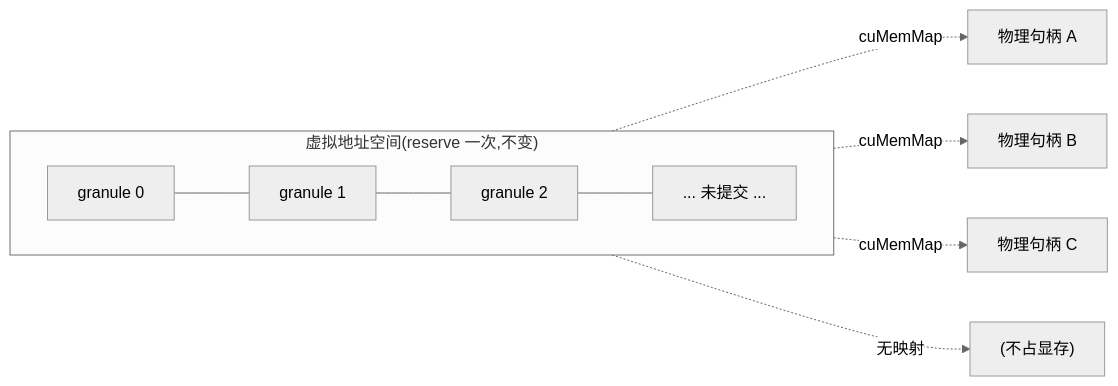
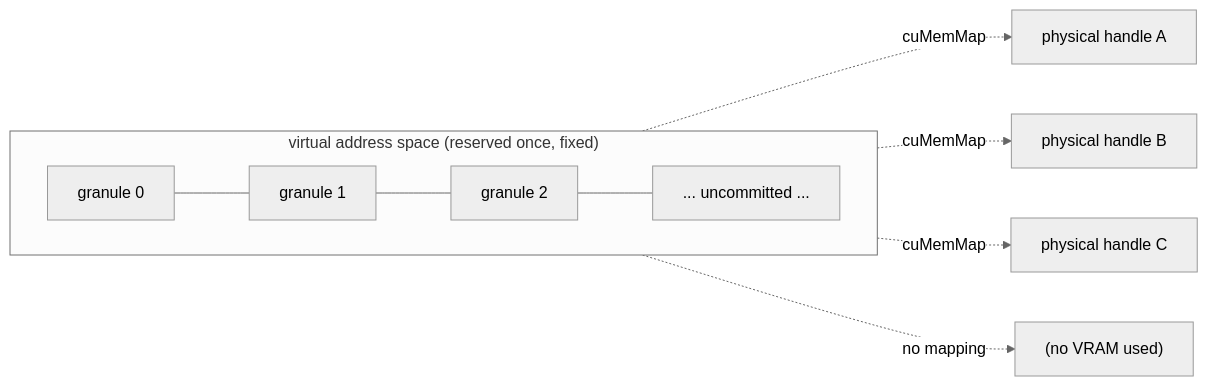
One commit to justinchuby/onnx-genai-wiki changed the first of 4 diagrams in content/en/memory/Virtual Memory for KV Cache.md. Above: the diagram before and after it, drawn with Mermaid (neutral theme). The commit also changed other lines of this file and 6 other files, not shown here.

````diff
--- a/content/en/memory/Virtual Memory for KV Cache.md
+++ b/content/en/memory/Virtual Memory for KV Cache.md
@@ -65,11 +65,11 @@
 ```mermaid
 flowchart LR
-    subgraph VA["虚拟地址空间(reserve 一次,不变)"]
+    subgraph VA["virtual address space (reserved once, fixed)"]
       direction LR
-      P0["granule 0"] --- P1["granule 1"] --- P2["granule 2"] --- P3["... 未提交 ..."]
+      P0["granule 0"] --- P1["granule 1"] --- P2["granule 2"] --- P3["... uncommitted ..."]
     end
-    P0 -.cuMemMap.-> H0["物理句柄 A"]
-    P1 -.cuMemMap.-> H1["物理句柄 B"]
-    P2 -.cuMemMap.-> H2["物理句柄 C"]
-    P3 -.无映射.-> N["(不占显存)"]
+    P0 -.cuMemMap.-> H0["physical handle A"]
+    P1 -.cuMemMap.-> H1["physical handle B"]
+    P2 -.cuMemMap.-> H2["physical handle C"]
+    P3 -.no mapping.-> N["(no VRAM used)"]
 ```
````
